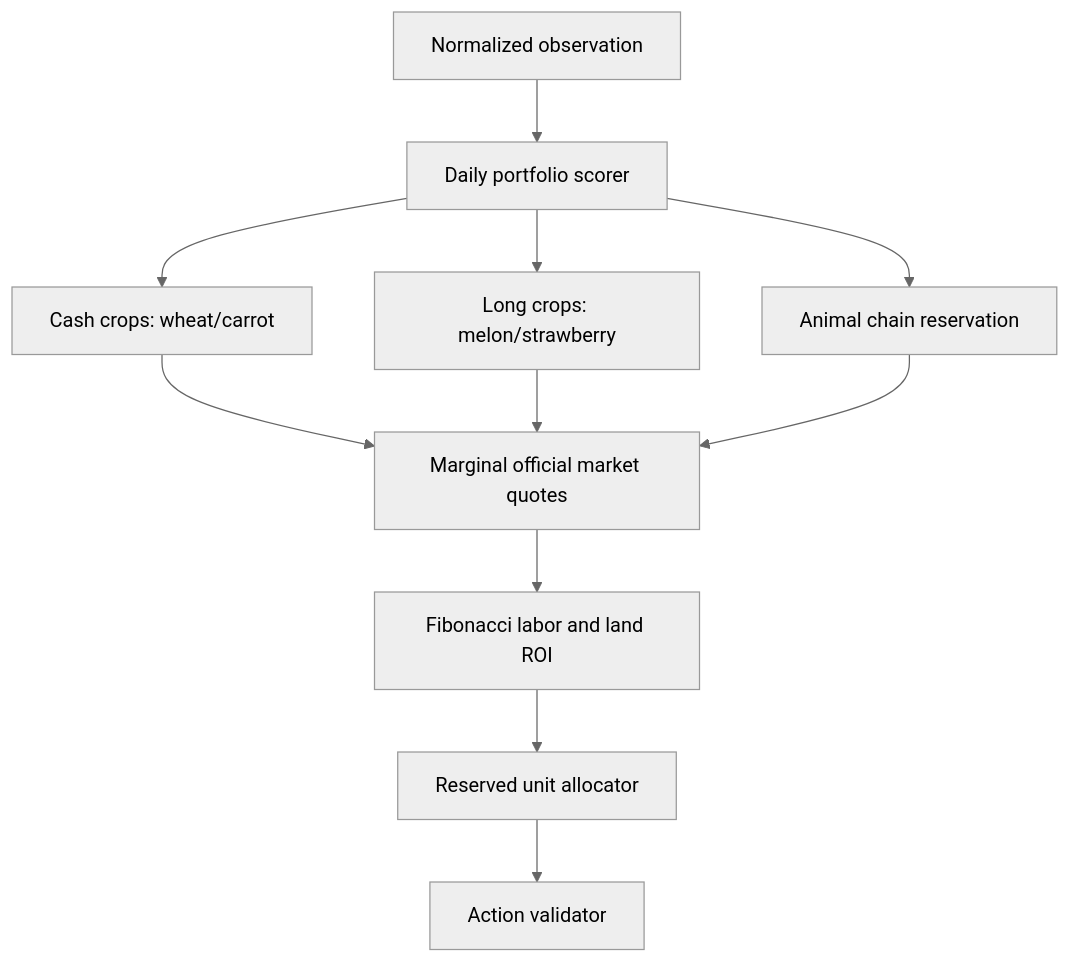
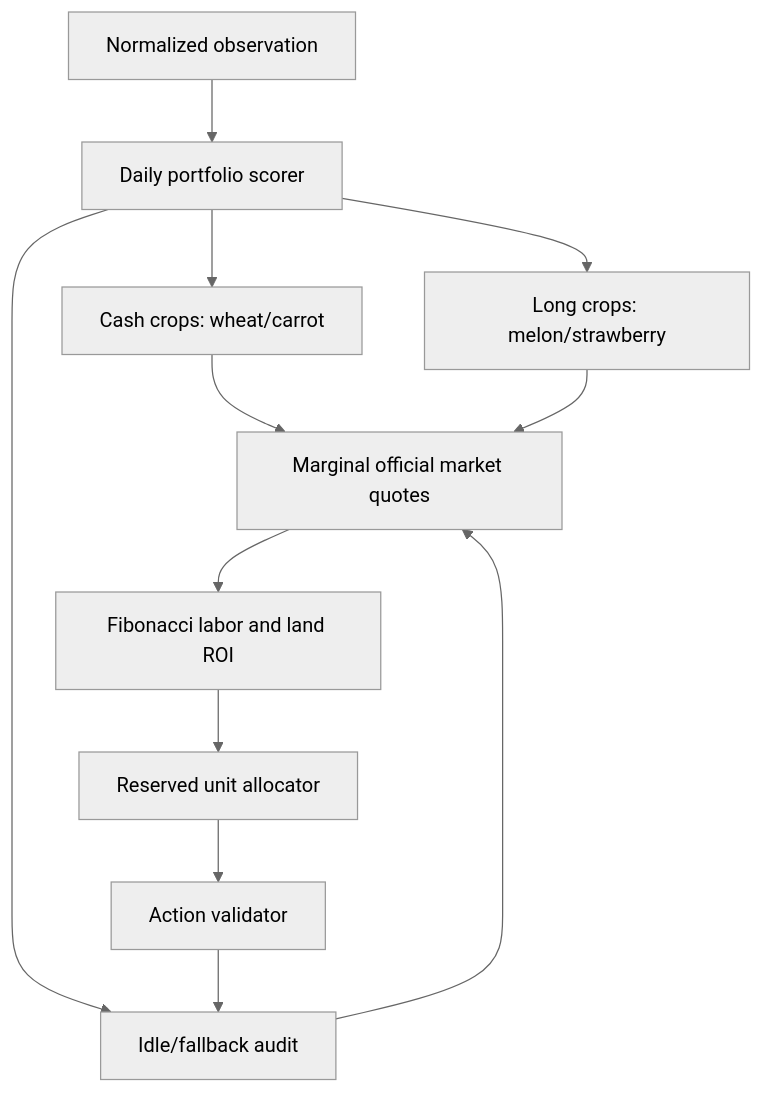
One commit to igmriegel/Kaggriculture_bot changed the diagram in docs/engines/LEADER_V3.md. Above: the diagram before and after it, drawn with Mermaid (neutral theme). The commit also changed other lines of this file and 4 other files, not shown here.

First line of the commit message:
docs: update architecture, engine docs, and evidence

````diff
--- a/docs/engines/LEADER_V3.md
+++ b/docs/engines/LEADER_V3.md
@@ -7,13 +7,14 @@
 ```mermaid
 flowchart TD
     O[Normalized observation] --> P[Daily portfolio scorer]
     P --> C[Cash crops: wheat/carrot]
     P --> H[Long crops: melon/strawberry]
     P --> A[Animal chain reservation]
     C --> M[Marginal official market quotes]
     H --> M
     A --> M
     M --> L[Fibonacci labor and land ROI]
     L --> U[Reserved unit allocator]
     U --> V[Action validator]
+    V --> A[Idle/fallback audit]
 ```
````
